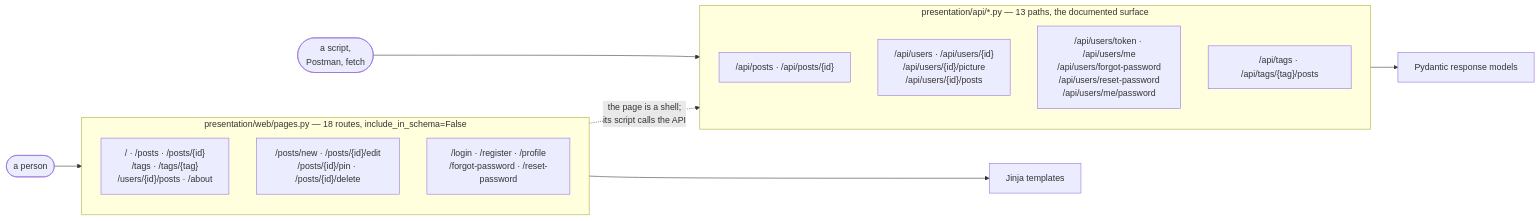
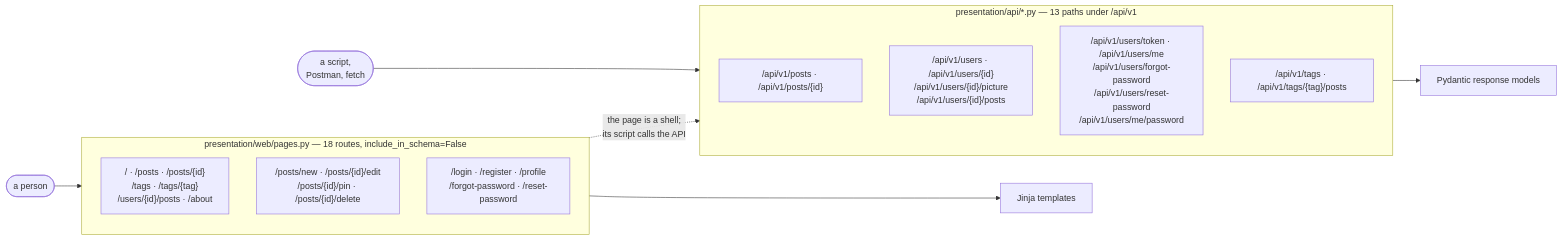
The second of 4 diagrams in docs/architecture.md (OstapchukIryna/fastapi-blog), drawn with Mermaid before and after one commit. The commit also changed other lines of this file and 84 other files, not shown here.

````diff
--- a/docs/architecture.md
+++ b/docs/architecture.md
@@ -147,23 +147,23 @@
 ```mermaid
 graph LR
     person([a person]) --> pages_r
     script([a script,<br/>Postman, fetch]) --> api_r
 
     subgraph pages_r["presentation/web/pages.py — 18 routes, include_in_schema=False"]
         direction TB
         p1["/ · /posts · /posts/{id}<br/>/tags · /tags/{tag}<br/>/users/{id}/posts · /about"]
         p2["/posts/new · /posts/{id}/edit<br/>/posts/{id}/pin · /posts/{id}/delete"]
         p3["/login · /register · /profile<br/>/forgot-password · /reset-password"]
     end
 
-    subgraph api_r["presentation/api/*.py — 13 paths, the documented surface"]
-        a1["/api/posts · /api/posts/{id}"]
-        a2["/api/users · /api/users/{id}<br/>/api/users/{id}/picture<br/>/api/users/{id}/posts"]
-        a3["/api/users/token · /api/users/me<br/>/api/users/forgot-password<br/>/api/users/reset-password<br/>/api/users/me/password"]
-        a4["/api/tags · /api/tags/{tag}/posts"]
+    subgraph api_r["presentation/api/*.py — 13 paths under /api/v1"]
+        a1["/api/v1/posts · /api/v1/posts/{id}"]
+        a2["/api/v1/users · /api/v1/users/{id}<br/>/api/v1/users/{id}/picture<br/>/api/v1/users/{id}/posts"]
+        a3["/api/v1/users/token · /api/v1/users/me<br/>/api/v1/users/forgot-password<br/>/api/v1/users/reset-password<br/>/api/v1/users/me/password"]
+        a4["/api/v1/tags · /api/v1/tags/{tag}/posts"]
     end
 
     pages_r --> jinja[Jinja templates]
     api_r --> pyd[Pydantic response models]
     p3 -. "the page is a shell;<br/>its script calls the API" .-> api_r
 ```
````
